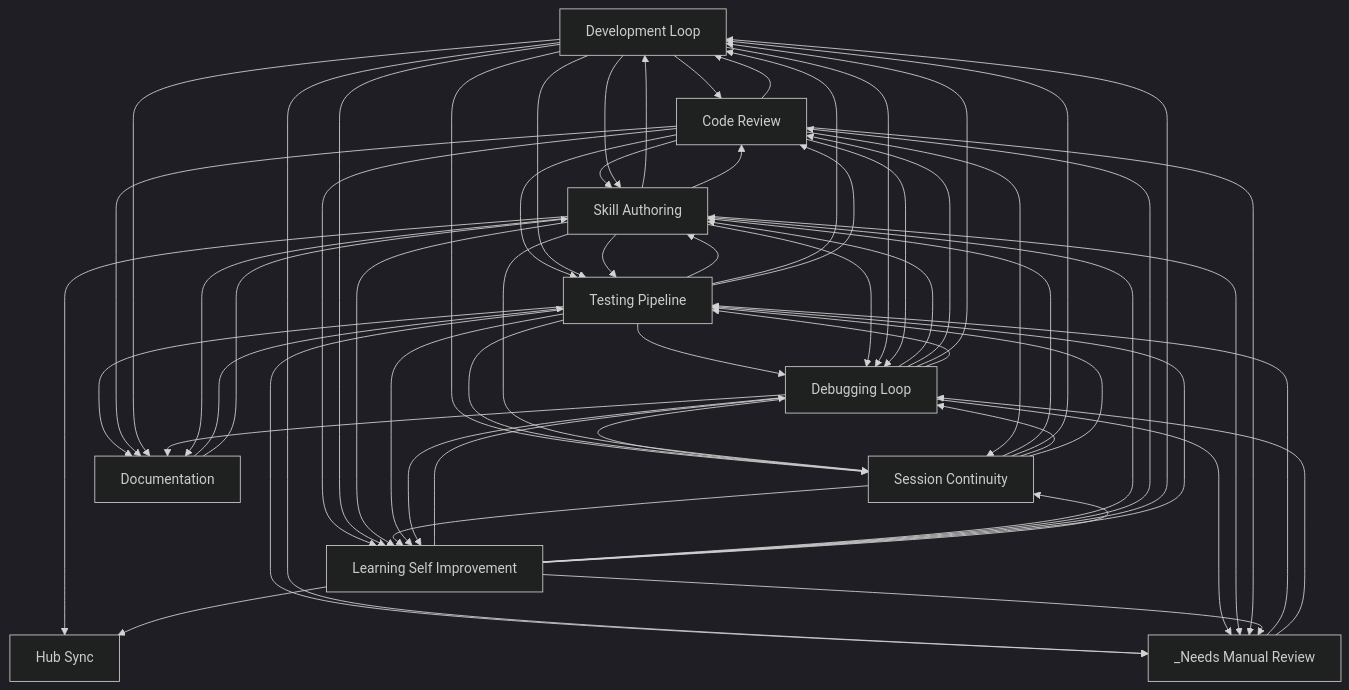
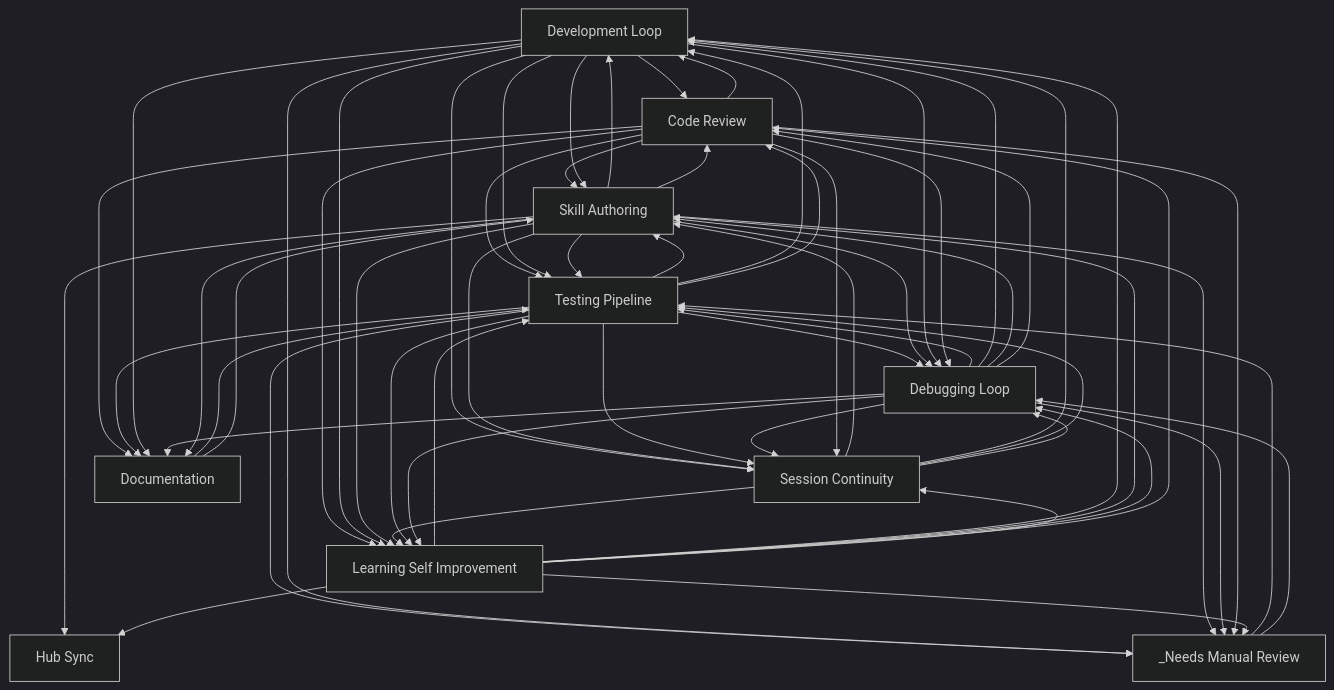
Before and after one commit to abhayla/claude-best-practices: the diagram in docs/workflows/INDEX.md, drawn with Mermaid (dark theme). The commit also changed other lines of this file and 12 other files, not shown here.

````diff
--- a/docs/workflows/INDEX.md
+++ b/docs/workflows/INDEX.md
@@ -22,71 +22,71 @@
 ```mermaid
 graph TD
     development_loop[Development Loop]
     testing_pipeline[Testing Pipeline]
     debugging_loop[Debugging Loop]
     learning_self_improvement[Learning Self Improvement]
     session_continuity[Session Continuity]
     skill_authoring[Skill Authoring]
     code_review[Code Review]
     documentation[Documentation]
     hub_sync[Hub Sync]
     _needs_manual_review[_Needs Manual Review]
     documentation --> testing_pipeline
     documentation --> skill_authoring
+    code_review --> development_loop
     code_review --> skill_authoring
-    code_review --> development_loop
     development_loop --> code_review
     development_loop --> skill_authoring
+    code_review --> testing_pipeline
     code_review --> learning_self_improvement
-    code_review --> testing_pipeline
+    development_loop --> testing_pipeline
     development_loop --> learning_self_improvement
-    development_loop --> testing_pipeline
     testing_pipeline --> skill_authoring
     skill_authoring --> testing_pipeline
+    testing_pipeline --> development_loop
     testing_pipeline --> debugging_loop
-    testing_pipeline --> development_loop
+    skill_authoring --> development_loop
     skill_authoring --> debugging_loop
-    skill_authoring --> development_loop
     testing_pipeline --> code_review
+    debugging_loop --> testing_pipeline
+    debugging_loop --> development_loop
     debugging_loop --> skill_authoring
     debugging_loop --> code_review
-    debugging_loop --> development_loop
-    debugging_loop --> testing_pipeline
     development_loop --> debugging_loop
     skill_authoring --> code_review
     skill_authoring --> learning_self_improvement
     testing_pipeline --> _needs_manual_review
     development_loop --> _needs_manual_review
+    code_review --> documentation
     testing_pipeline --> documentation
-    code_review --> documentation
     development_loop --> documentation
+    session_continuity --> learning_self_improvement
     development_loop --> session_continuity
-    session_continuity --> learning_self_improvement
     _needs_manual_review --> testing_pipeline
+    skill_authoring --> session_continuity
     testing_pipeline --> session_continuity
     debugging_loop --> session_continuity
-    skill_authoring --> session_continuity
     _needs_manual_review --> debugging_loop
     testing_pipeline --> learning_self_improvement
     debugging_loop --> learning_self_improvement
+    learning_self_improvement --> testing_pipeline
+    learning_self_improvement --> development_loop
+    learning_self_improvement --> skill_authoring
     learning_self_improvement --> debugging_loop
-    learning_self_improvement --> skill_authoring
     learning_self_improvement --> code_review
-    learning_self_improvement --> development_loop
-    learning_self_improvement --> testing_pipeline
     code_review --> debugging_loop
+    skill_authoring --> _needs_manual_review
     debugging_loop --> _needs_manual_review
-    skill_authoring --> _needs_manual_review
     code_review --> _needs_manual_review
     learning_self_improvement --> session_continuity
     code_review --> session_continuity
     session_continuity --> skill_authoring
     debugging_loop --> documentation
     session_continuity --> development_loop
+    session_continuity --> testing_pipeline
     session_continuity --> debugging_loop
-    session_continuity --> testing_pipeline
     skill_authoring --> hub_sync
     learning_self_improvement --> hub_sync
     learning_self_improvement --> _needs_manual_review
     skill_authoring --> documentation
 ```
````
